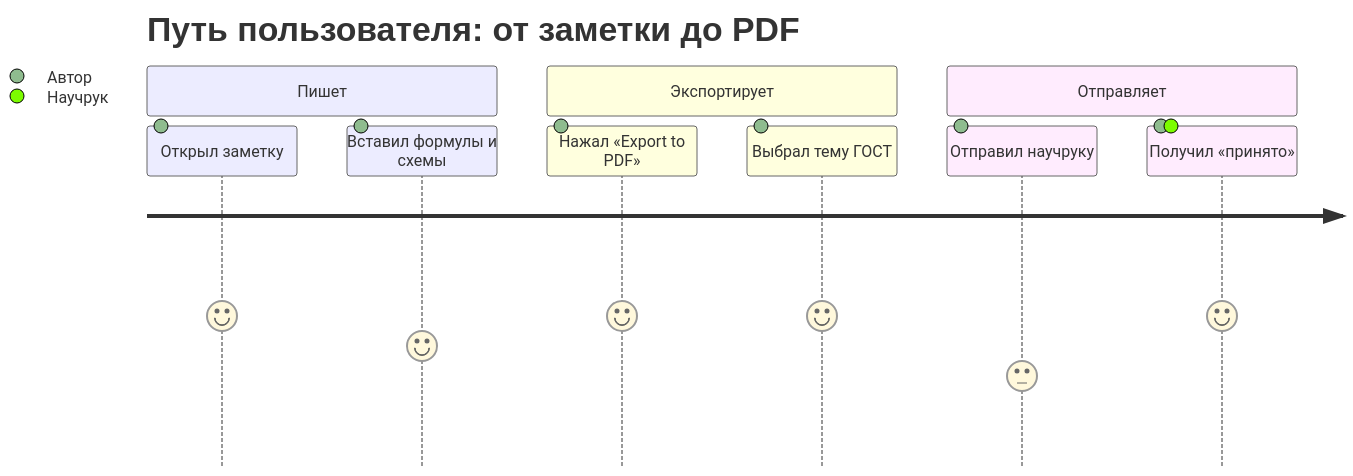
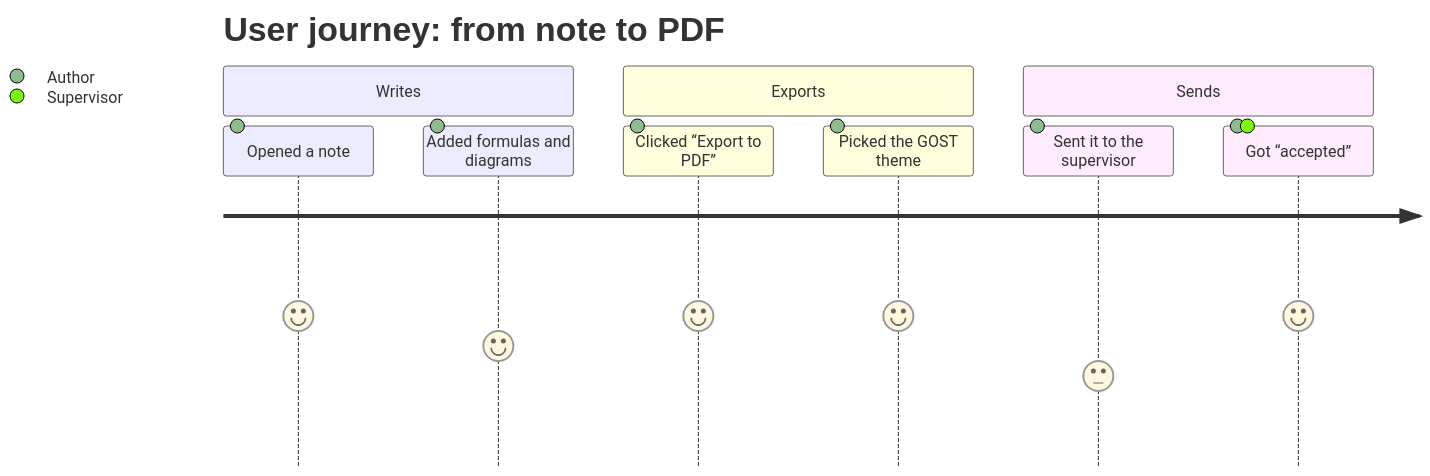
The eighth of 9 diagrams in examples/charts.md (Kseen715/md2pdfX), drawn with Mermaid before and after one commit. The commit also changed other lines of this file and 25 other files, not shown here.

````diff
--- a/examples/charts.md
+++ b/examples/charts.md
@@ -110,13 +110,13 @@
 ```mermaid
 journey
-    title Путь пользователя: от заметки до PDF
-    section Пишет
-      Открыл заметку: 5: Автор
-      Вставил формулы и схемы: 4: Автор
-    section Экспортирует
-      Нажал «Export to PDF»: 5: Автор
-      Выбрал тему ГОСТ: 5: Автор
-    section Отправляет
-      Отправил научруку: 3: Автор
-      Получил «принято»: 5: Автор, Научрук
+    title User journey: from note to PDF
+    section Writes
+      Opened a note: 5: Author
+      Added formulas and diagrams: 4: Author
+    section Exports
+      Clicked “Export to PDF”: 5: Author
+      Picked the GOST theme: 5: Author
+    section Sends
+      Sent it to the supervisor: 3: Author
+      Got “accepted”: 5: Author, Supervisor
 ```
````
